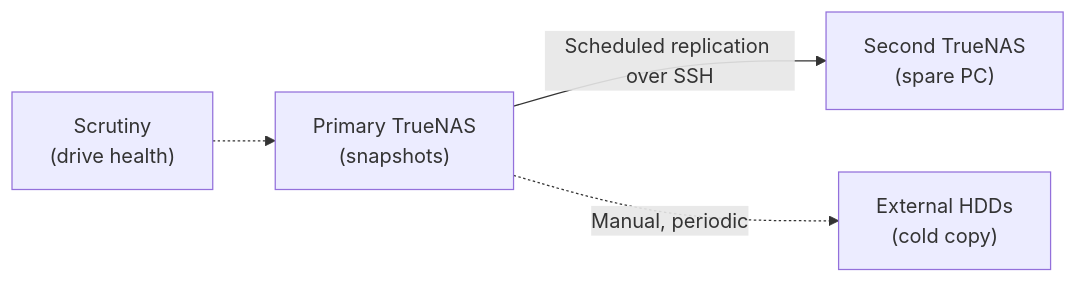
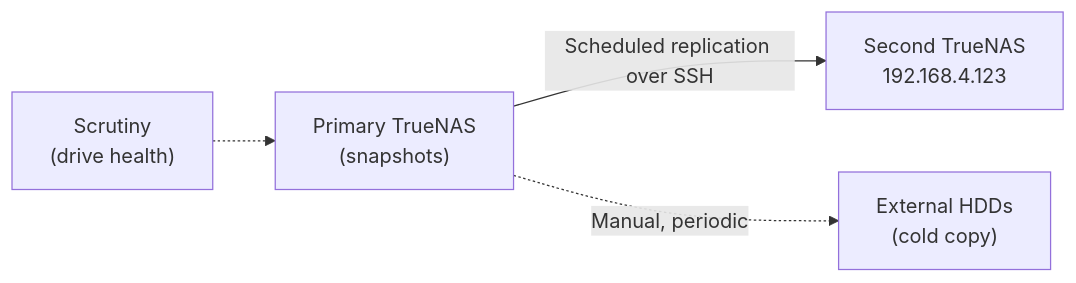
Before and after one commit to SammyTheKat/homelab: the diagram in docs/backup-and-replication.md, drawn with Mermaid. The commit also changed other lines of this file and 1 other file, not shown here.

````diff
--- a/docs/backup-and-replication.md
+++ b/docs/backup-and-replication.md
@@ -28,6 +30,6 @@
 ```mermaid
 flowchart LR
-    Primary["Primary TrueNAS<br/>(snapshots)"] -->|Scheduled replication over SSH| Replica["Second TrueNAS<br/>(spare PC)"]
+    Primary["Primary TrueNAS<br/>(snapshots)"] -->|Scheduled replication over SSH| Replica["Second TrueNAS<br/>192.168.4.123"]
     Primary -.->|Manual, periodic| Cold["External HDDs<br/>(cold copy)"]
     Scrutiny["Scrutiny<br/>(drive health)"] -.-> Primary
 ```
````
